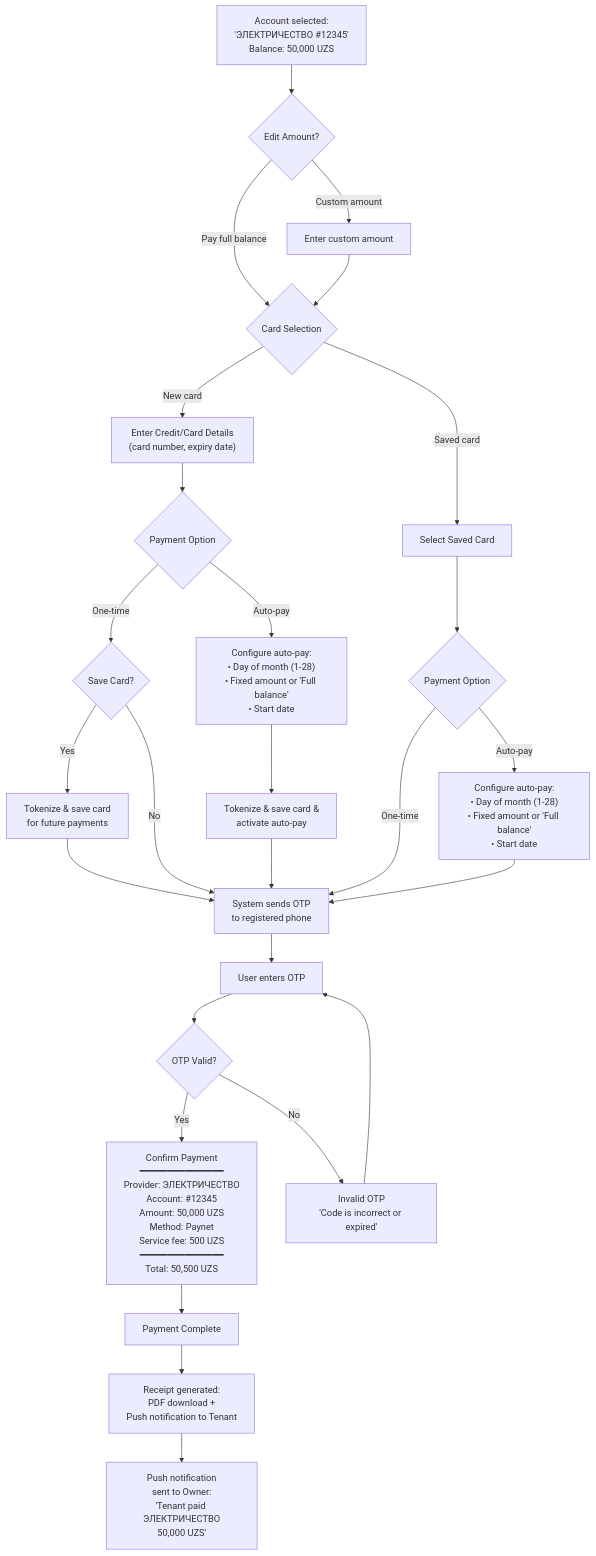
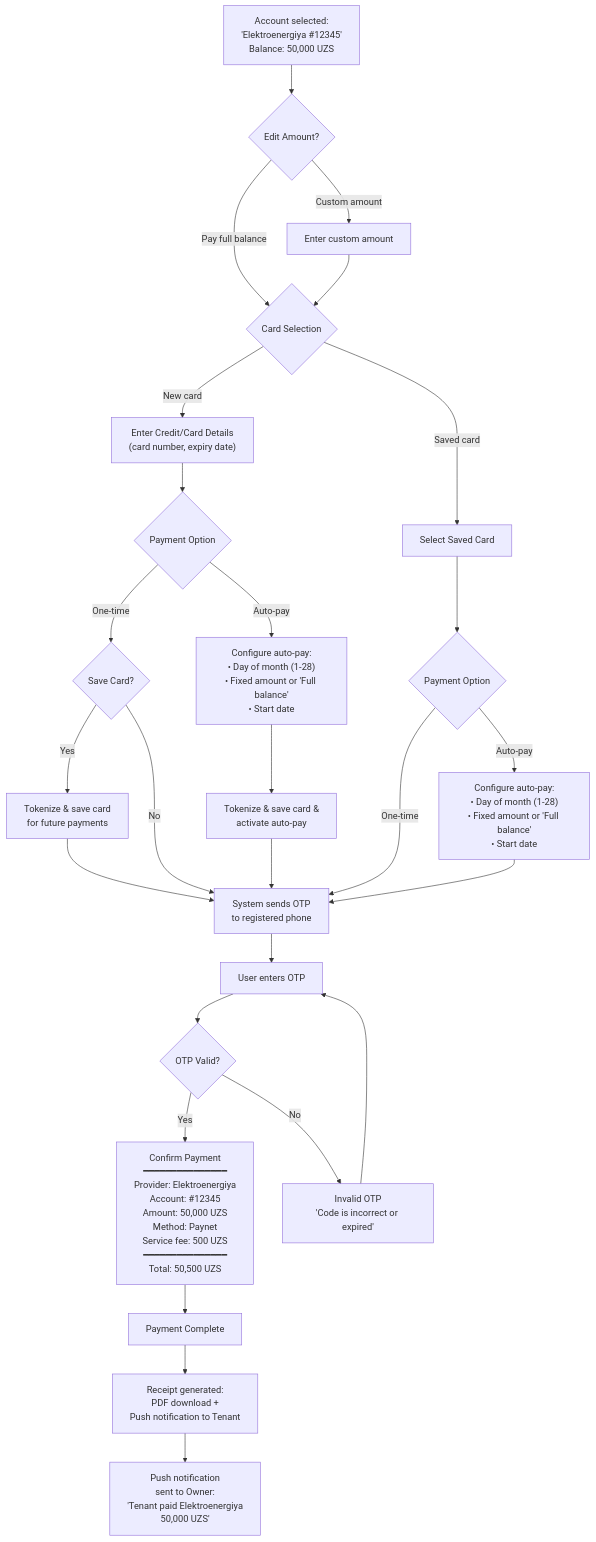
The fifth of 9 diagrams in utilities-payment-userflow.md (saodatm-dev/Utilities---Informational-Architecture), drawn with Mermaid before and after one commit. The commit also changed other lines of this file and 1 other file, not shown here.

Commit message:
refactor: Localize utility names to Uzbek, consolidate feature tiers, remove payment service integration, and refine payment flow details.

````diff
--- a/utilities-payment-userflow.md
+++ b/utilities-payment-userflow.md
@@ -155,35 +155,35 @@
 ```mermaid
 flowchart TD
-    ACC["Account selected:<br/>'ЭЛЕКТРИЧЕСТВО #12345'<br/>Balance: 50,000 UZS"] --> EDIT_AMT{"Edit Amount?"}
+    ACC["Account selected:<br/>'Elektroenergiya #12345'<br/>Balance: 50,000 UZS"] --> EDIT_AMT{"Edit Amount?"}
     EDIT_AMT -->|"Pay full balance"| CARD_CHOICE{"Card Selection"}
     EDIT_AMT -->|"Custom amount"| CUSTOM_AMT["Enter custom amount"] --> CARD_CHOICE
 
     CARD_CHOICE -->|"New card"| NEW_CARD["Enter Credit/Card Details<br/>(card number, expiry date)"]
     CARD_CHOICE -->|"Saved card"| SAVED_CARD["Select Saved Card"]
 
     NEW_CARD --> PAY_OPTS_NEW{"Payment Option"}
     PAY_OPTS_NEW -->|"One-time"| SAVE_CARD{"Save Card?"}
     SAVE_CARD -->|"Yes"| TOKENIZE["Tokenize & save card<br/>for future payments"] --> SEND_OTP
     SAVE_CARD -->|"No"| SEND_OTP
     PAY_OPTS_NEW -->|"Auto-pay"| SCHED["Configure auto-pay:<br/>• Day of month (1-28)<br/>• Fixed amount or 'Full balance'<br/>• Start date"]
     SCHED --> AUTO_SAVE["Tokenize & save card &<br/>activate auto-pay"] --> SEND_OTP
 
     SAVED_CARD --> PAY_OPTS_SAVED{"Payment Option"}
     PAY_OPTS_SAVED -->|"One-time"| SEND_OTP
     PAY_OPTS_SAVED -->|"Auto-pay"| SCHED_SAVED["Configure auto-pay:<br/>• Day of month (1-28)<br/>• Fixed amount or 'Full balance'<br/>• Start date"] --> SEND_OTP
 
     SEND_OTP["System sends OTP<br/>to registered phone"]
     SEND_OTP --> ENTER_OTP["User enters OTP"]
     ENTER_OTP --> OTP_CHECK{"OTP Valid?"}
 
     OTP_CHECK -->|"Yes"| CONFIRM
     OTP_CHECK -->|"No"| OTP_ERROR["Invalid OTP<br/>'Code is incorrect or expired'"]
     OTP_ERROR --> ENTER_OTP
 
-    CONFIRM["Confirm Payment<br/>━━━━━━━━━━━━━━━<br/>Provider: ЭЛЕКТРИЧЕСТВО<br/>Account: #12345<br/>Amount: 50,000 UZS<br/>Method: Paynet<br/>Service fee: 500 UZS<br/>━━━━━━━━━━━━━━━<br/>Total: 50,500 UZS"]
+    CONFIRM["Confirm Payment<br/>━━━━━━━━━━━━━━━<br/>Provider: Elektroenergiya<br/>Account: #12345<br/>Amount: 50,000 UZS<br/>Method: Paynet<br/>Service fee: 500 UZS<br/>━━━━━━━━━━━━━━━<br/>Total: 50,500 UZS"]
 
     CONFIRM --> DONE["Payment Complete"]
     DONE --> RECEIPT["Receipt generated:<br/>PDF download +<br/>Push notification to Tenant"]
-    RECEIPT --> NOTIFY_OWNER["Push notification<br/>sent to Owner:<br/>'Tenant paid ЭЛЕКТРИЧЕСТВО<br/>50,000 UZS'"]
+    RECEIPT --> NOTIFY_OWNER["Push notification<br/>sent to Owner:<br/>'Tenant paid Elektroenergiya<br/>50,000 UZS'"]
 
 ```
````
